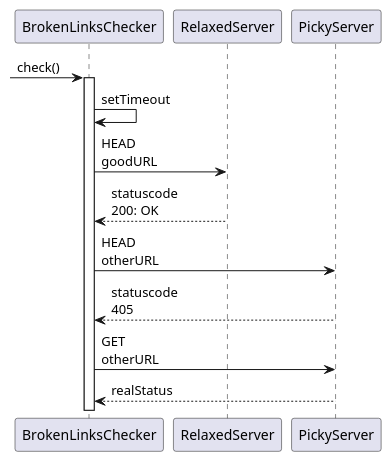
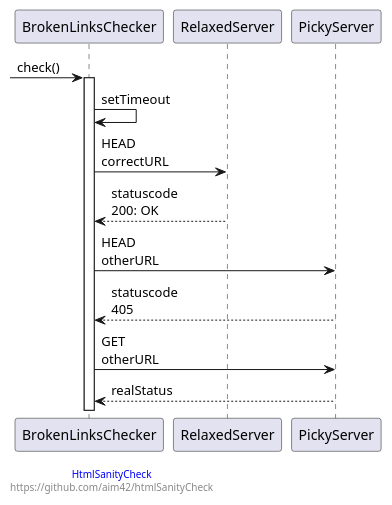
One commit to aim42/htmlSanityCheck changed the diagram in src/docs/development/issue-219.adoc. Above: the diagram before and after it, drawn with PlantUML. The commit also changed other lines of this file, not shown here.

Commit message:
added footer to PlantUML diagram

```diff
--- a/src/docs/development/issue-219.adoc
+++ b/src/docs/development/issue-219.adoc
@@ -31,23 +31,29 @@
 [plantuml,"{plantumldir}GET-after-HEAD-failapproach",png]
 ....
 @startuml
 skinparam maxmessagesize 80
 participant BrokenLinksChecker as BLC
 participant RelaxedServer as RS
 participant PickyServer as PS
 
 -> BLC: check()
 activate BLC
 
 BLC -> BLC: setTimeout
 
-BLC -> RS: HEAD goodURL
+BLC -> RS: HEAD correctURL
 RS --> BLC: statuscode 200: OK
 
 BLC -> PS: HEAD otherURL
 PS --> BLC: statuscode 405
 BLC -> PS: GET otherURL
 PS --> BLC: realStatus
 
+left footer
+
+<font color=blue>HtmlSanityCheck</font>
+https://github.com/aim42/htmlSanityCheck
+endfooter
+
 @enduml
 ....
```
